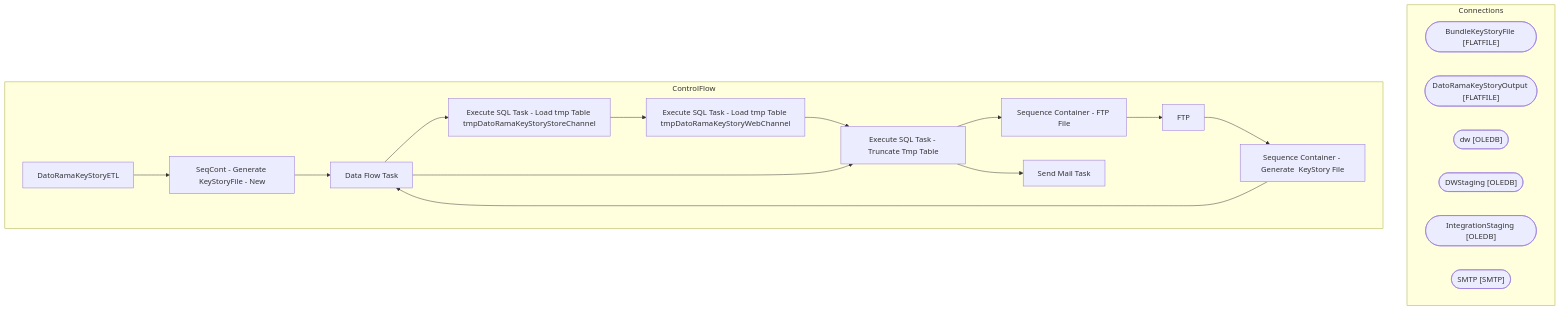
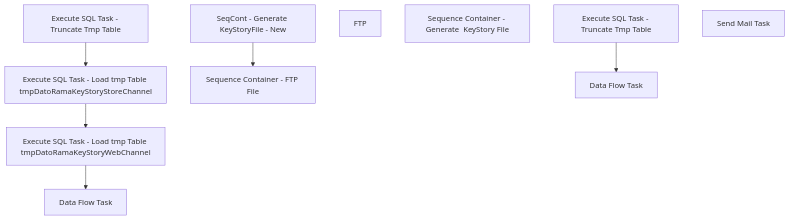
Before and after one commit to juanandresbrain/BABSkills: the diagram in bab-docs-explorer/Documentation/STL-SSIS-P-01/SSIS/CRM/DatoRamaKeyStoryETL.DatoRamaKeyStoryETL.md, drawn with Mermaid. The commit also changed other lines of this file and 273 other files, not shown here.

````diff
--- a/bab-docs-explorer/Documentation/STL-SSIS-P-01/SSIS/CRM/DatoRamaKeyStoryETL.DatoRamaKeyStoryETL.md
+++ b/bab-docs-explorer/Documentation/STL-SSIS-P-01/SSIS/CRM/DatoRamaKeyStoryETL.DatoRamaKeyStoryETL.md
@@ -9,36 +53,19 @@
 ```mermaid
 flowchart TD
-    subgraph Connections
-        BundleKeyStoryFile_conn(["BundleKeyStoryFile [FLATFILE]"])
-        DatoRamaKeyStoryOutput_conn(["DatoRamaKeyStoryOutput [FLATFILE]"])
-        dw_conn(["dw [OLEDB]"])
-        DWStaging_conn(["DWStaging [OLEDB]"])
-        IntegrationStaging_conn(["IntegrationStaging [OLEDB]"])
-        SMTP_conn(["SMTP [SMTP]"])
-    end
-    subgraph ControlFlow
-        DatoRamaKeyStoryETL_task["DatoRamaKeyStoryETL"]
-        SeqCont___Generate_KeyStoryFile___New_task["SeqCont - Generate KeyStoryFile - New"]
-        DatoRamaKeyStoryETL_task --> SeqCont___Generate_KeyStoryFile___New_task
-        Data_Flow_Task_task["Data Flow Task"]
-        SeqCont___Generate_KeyStoryFile___New_task --> Data_Flow_Task_task
-        Execute_SQL_Task___Load_tmp_Table_tmpDatoRamaKeyStoryStoreChannel_task["Execute SQL Task - Load tmp Table tmpDatoRamaKeyStoryStoreChannel"]
-        Data_Flow_Task_task --> Execute_SQL_Task___Load_tmp_Table_tmpDatoRamaKeyStoryStoreChannel_task
-        Execute_SQL_Task___Load_tmp_Table_tmpDatoRamaKeyStoryWebChannel_task["Execute SQL Task - Load tmp Table tmpDatoRamaKeyStoryWebChannel"]
-        Execute_SQL_Task___Load_tmp_Table_tmpDatoRamaKeyStoryStoreChannel_task --> Execute_SQL_Task___Load_tmp_Table_tmpDatoRamaKeyStoryWebChannel_task
-        Execute_SQL_Task___Truncate_Tmp_Table_task["Execute SQL Task - Truncate Tmp Table"]
-        Execute_SQL_Task___Load_tmp_Table_tmpDatoRamaKeyStoryWebChannel_task --> Execute_SQL_Task___Truncate_Tmp_Table_task
-        Sequence_Container___FTP_File_task["Sequence Container - FTP File"]
-        Execute_SQL_Task___Truncate_Tmp_Table_task --> Sequence_Container___FTP_File_task
-        FTP_task["FTP"]
-        Sequence_Container___FTP_File_task --> FTP_task
-        Sequence_Container___Generate__KeyStory_File_task["Sequence Container - Generate  KeyStory File"]
-        FTP_task --> Sequence_Container___Generate__KeyStory_File_task
-        Data_Flow_Task_task["Data Flow Task"]
-        Sequence_Container___Generate__KeyStory_File_task --> Data_Flow_Task_task
-        Execute_SQL_Task___Truncate_Tmp_Table_task["Execute SQL Task - Truncate Tmp Table"]
-        Data_Flow_Task_task --> Execute_SQL_Task___Truncate_Tmp_Table_task
-        Send_Mail_Task_task["Send Mail Task"]
-        Execute_SQL_Task___Truncate_Tmp_Table_task --> Send_Mail_Task_task
-    end
+    n_Package_SeqCont___Generate_KeyStoryFile___New["SeqCont - Generate KeyStoryFile - New"]
+    n_Package_SeqCont___Generate_KeyStoryFile___New_Data_Flow_Task["Data Flow Task"]
+    n_Package_SeqCont___Generate_KeyStoryFile___New_Execute_SQL_Task___Load_tmp_Table_tmpDatoRamaKeyStoryStoreChannel["Execute SQL Task - Load tmp Table tmpDatoRamaKeyStoryStoreChannel"]
+    n_Package_SeqCont___Generate_KeyStoryFile___New_Execute_SQL_Task___Load_tmp_Table_tmpDatoRamaKeyStoryWebChannel["Execute SQL Task - Load tmp Table tmpDatoRamaKeyStoryWebChannel"]
+    n_Package_SeqCont___Generate_KeyStoryFile___New_Execute_SQL_Task___Truncate_Tmp_Table["Execute SQL Task - Truncate Tmp Table"]
+    n_Package_Sequence_Container___FTP_File["Sequence Container - FTP File"]
+    n_Package_Sequence_Container___FTP_File_FTP["FTP"]
+    n_Package_Sequence_Container___Generate__KeyStory_File["Sequence Container - Generate  KeyStory File"]
+    n_Package_Sequence_Container___Generate__KeyStory_File_Data_Flow_Task["Data Flow Task"]
+    n_Package_Sequence_Container___Generate__KeyStory_File_Execute_SQL_Task___Truncate_Tmp_Table["Execute SQL Task - Truncate Tmp Table"]
+    n_Package_EventHandlers_OnError__Send_Mail_Task["Send Mail Task"]
+    n_Package_SeqCont___Generate_KeyStoryFile___New_Execute_SQL_Task___Truncate_Tmp_Table --> n_Package_SeqCont___Generate_KeyStoryFile___New_Execute_SQL_Task___Load_tmp_Table_tmpDatoRamaKeyStoryStoreChannel
+    n_Package_SeqCont___Generate_KeyStoryFile___New_Execute_SQL_Task___Load_tmp_Table_tmpDatoRamaKeyStoryStoreChannel --> n_Package_SeqCont___Generate_KeyStoryFile___New_Execute_SQL_Task___Load_tmp_Table_tmpDatoRamaKeyStoryWebChannel
+    n_Package_SeqCont___Generate_KeyStoryFile___New_Execute_SQL_Task___Load_tmp_Table_tmpDatoRamaKeyStoryWebChannel --> n_Package_SeqCont___Generate_KeyStoryFile___New_Data_Flow_Task
+    n_Package_Sequence_Container___Generate__KeyStory_File_Execute_SQL_Task___Truncate_Tmp_Table --> n_Package_Sequence_Container___Generate__KeyStory_File_Data_Flow_Task
+    n_Package_SeqCont___Generate_KeyStoryFile___New --> n_Package_Sequence_Container___FTP_File
 ```
````
